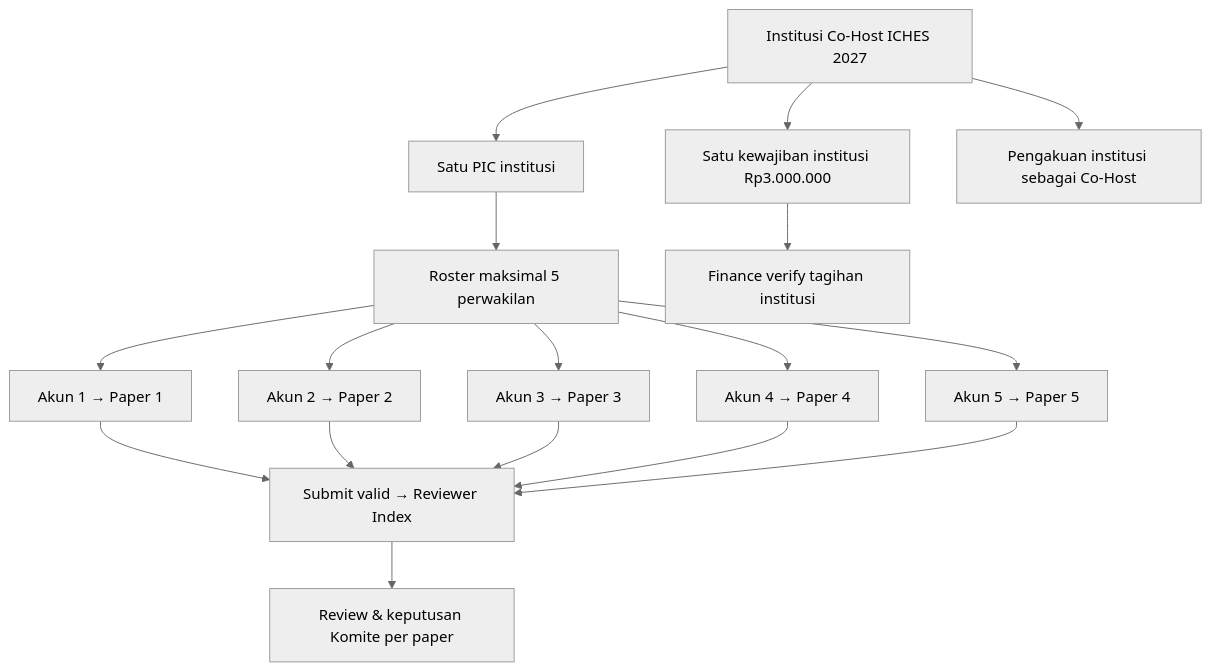
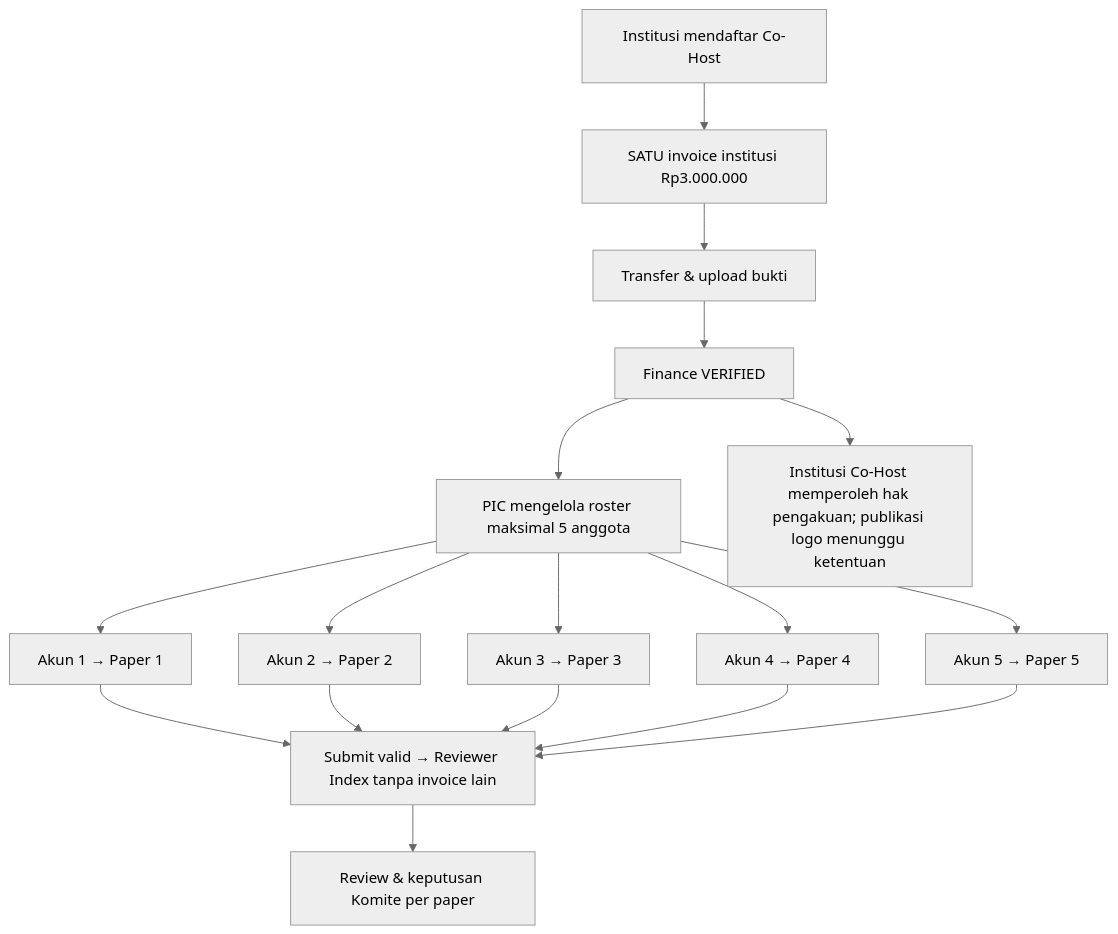
Before and after one commit to akhmadafnan/iches-unisya: the first of 2 diagrams in docs/18B-04-CRUD-COHOST-INSTITUSI-LIMA-PAPER.md, drawn with Mermaid (neutral theme). The commit also changed 6 other files, not shown here.

Commit message:
docs: make Co-Host and package Mermaid flows require Finance VERIFIED

````diff
--- a/docs/18B-04-CRUD-COHOST-INSTITUSI-LIMA-PAPER.md
+++ b/docs/18B-04-CRUD-COHOST-INSTITUSI-LIMA-PAPER.md
@@ -12,19 +12,19 @@
 ```mermaid
 flowchart TD
-  I["Institusi Co-Host ICHES 2027"] --> P["Satu PIC institusi"]
-  I --> PAY["Satu kewajiban institusi Rp3.000.000"]
-  I --> B["Pengakuan institusi sebagai Co-Host"]
-  P --> R["Roster maksimal 5 perwakilan"]
-  R --> A1["Akun 1 → Paper 1"]
-  R --> A2["Akun 2 → Paper 2"]
-  R --> A3["Akun 3 → Paper 3"]
-  R --> A4["Akun 4 → Paper 4"]
-  R --> A5["Akun 5 → Paper 5"]
-  A1 --> RV["Submit valid → Reviewer Index"]
-  A2 --> RV
-  A3 --> RV
-  A4 --> RV
-  A5 --> RV
-  RV --> DEC["Review & keputusan Komite per paper"]
-  PAY --> FIN["Finance verify tagihan institusi"]
+ I["Institusi mendaftar Co-Host"] --> PAY["SATU invoice institusi Rp3.000.000"]
+ PAY --> P["Transfer & upload bukti"]
+ P --> FIN["Finance VERIFIED"]
+ FIN --> R["PIC mengelola roster maksimal 5 anggota"]
+ R --> A1["Akun 1 → Paper 1"]
+ R --> A2["Akun 2 → Paper 2"]
+ R --> A3["Akun 3 → Paper 3"]
+ R --> A4["Akun 4 → Paper 4"]
+ R --> A5["Akun 5 → Paper 5"]
+ A1 --> RV["Submit valid → Reviewer Index tanpa invoice lain"]
+ A2 --> RV
+ A3 --> RV
+ A4 --> RV
+ A5 --> RV
+ RV --> DEC["Review & keputusan Komite per paper"]
+ FIN --> B["Institusi Co-Host memperoleh hak pengakuan; publikasi logo menunggu ketentuan"]
 ```
````
